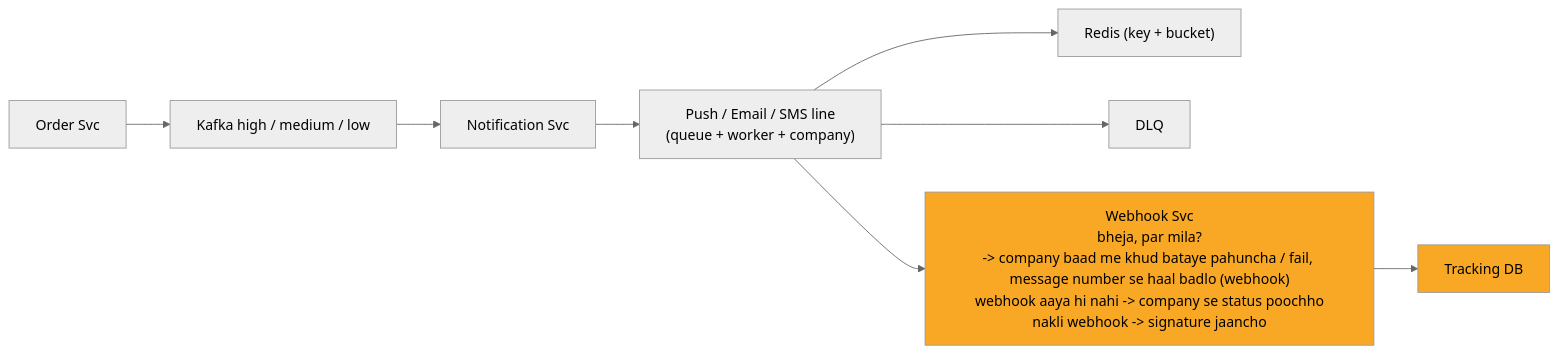
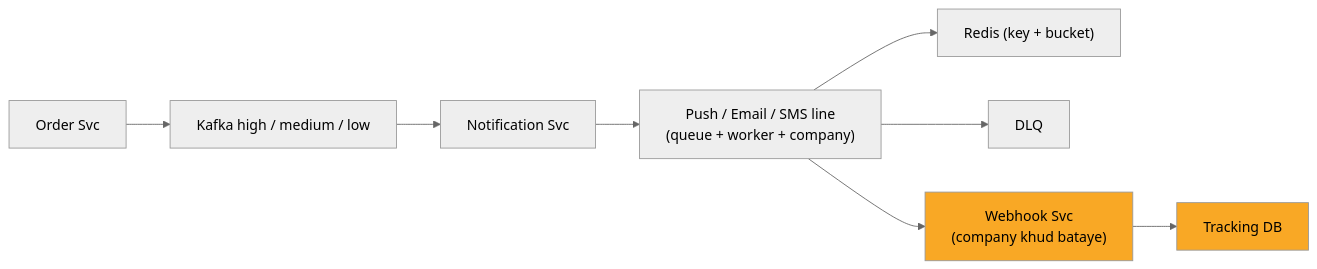
The diagram in 04_HLD/SYSTEM_DESIGNS/04_notification_system/img/c9.mmd (ArpanMaheshwari144/Prep), drawn with Mermaid (neutral theme) before and after one commit. The commit also changed 144 other files, not shown here.

```diff
--- a/04_HLD/SYSTEM_DESIGNS/04_notification_system/img/c9.mmd
+++ b/04_HLD/SYSTEM_DESIGNS/04_notification_system/img/c9.mmd
@@ -1,19 +1,19 @@
 %%{init: {"flowchart": {"wrappingWidth": 450}}}%%
 flowchart LR
     n_Order_Svc["Order Svc"]
     n_Kafka["Kafka high / medium / low"]
     n_Notification_Svc["Notification Svc"]
     n_LINES["Push / Email / SMS line<br/>(queue + worker + company)"]
     n_Redis["Redis (key + bucket)"]
     n_DLQ["DLQ"]
-    n_Webhook_Svc["Webhook Svc<br/>bheja, par mila?<br/>-> company baad me khud bataye pahuncha / fail, message number se haal badlo (webhook)<br/>webhook aaya hi nahi -> company se status poochho<br/>nakli webhook -> signature jaancho"]
+    n_Webhook_Svc["Webhook Svc<br/>(company khud bataye)"]
     n_Tracking_DB["Tracking DB"]
     n_Order_Svc --> n_Kafka
     n_Kafka --> n_Notification_Svc
     n_Notification_Svc --> n_LINES
     n_LINES --> n_Redis
     n_LINES --> n_DLQ
     n_LINES --> n_Webhook_Svc
     n_Webhook_Svc --> n_Tracking_DB
     style n_Webhook_Svc fill:#f9a825,color:#000
     style n_Tracking_DB fill:#f9a825,color:#000
```
